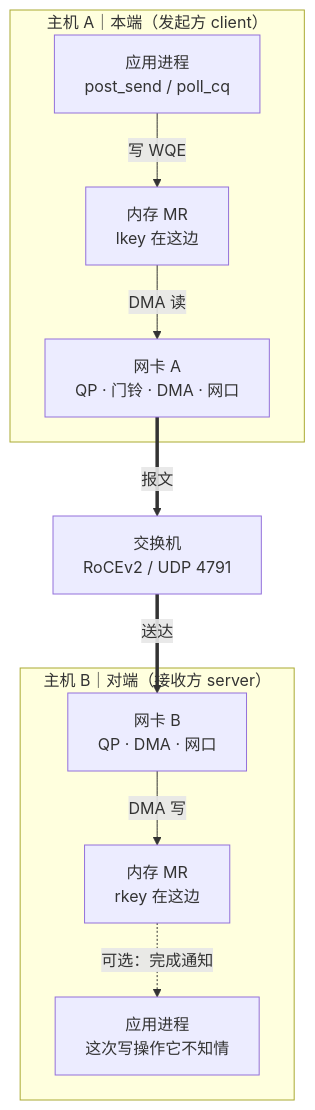
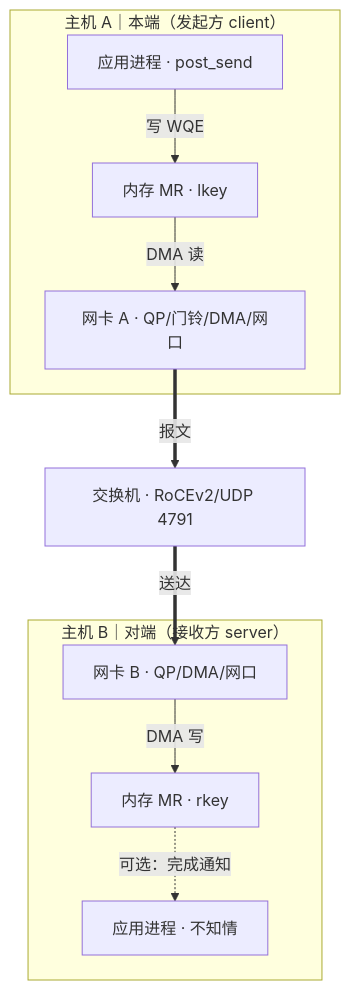
One commit to lnsyyj/lnsyyj.github.io changed the first of 4 diagrams in _posts/2026-10-26-rdma-datapath.md. Above: the diagram before and after it, drawn with Mermaid.

Commit message:
fix(rdma): 全景图标签改单行，压缩高度

````diff
--- a/_posts/2026-10-26-rdma-datapath.md
+++ b/_posts/2026-10-26-rdma-datapath.md
@@ -29,20 +29,20 @@
 ```mermaid
 flowchart TB
     subgraph HA["主机 A｜本端（发起方 client）"]
-        A_APP["应用进程<br/>post_send / poll_cq"]
-        A_MEM["内存 MR<br/>lkey 在这边"]
-        A_NIC["网卡 A<br/>QP · 门铃 · DMA · 网口"]
+        A_APP["应用进程 · post_send"]
+        A_MEM["内存 MR · lkey"]
+        A_NIC["网卡 A · QP/门铃/DMA/网口"]
         A_APP -->|"写 WQE"| A_MEM
         A_MEM -->|"DMA 读"| A_NIC
     end
-    SW["交换机<br/>RoCEv2 / UDP 4791"]
+    SW["交换机 · RoCEv2/UDP 4791"]
     subgraph HB["主机 B｜对端（接收方 server）"]
-        B_NIC["网卡 B<br/>QP · DMA · 网口"]
-        B_MEM["内存 MR<br/>rkey 在这边"]
-        B_APP["应用进程<br/>这次写操作它不知情"]
+        B_NIC["网卡 B · QP/DMA/网口"]
+        B_MEM["内存 MR · rkey"]
+        B_APP["应用进程 · 不知情"]
         B_NIC -->|"DMA 写"| B_MEM
         B_MEM -.->|"可选：完成通知"| B_APP
     end
     A_NIC ==>|"报文"| SW
     SW ==>|"送达"| B_NIC
 ```
````
